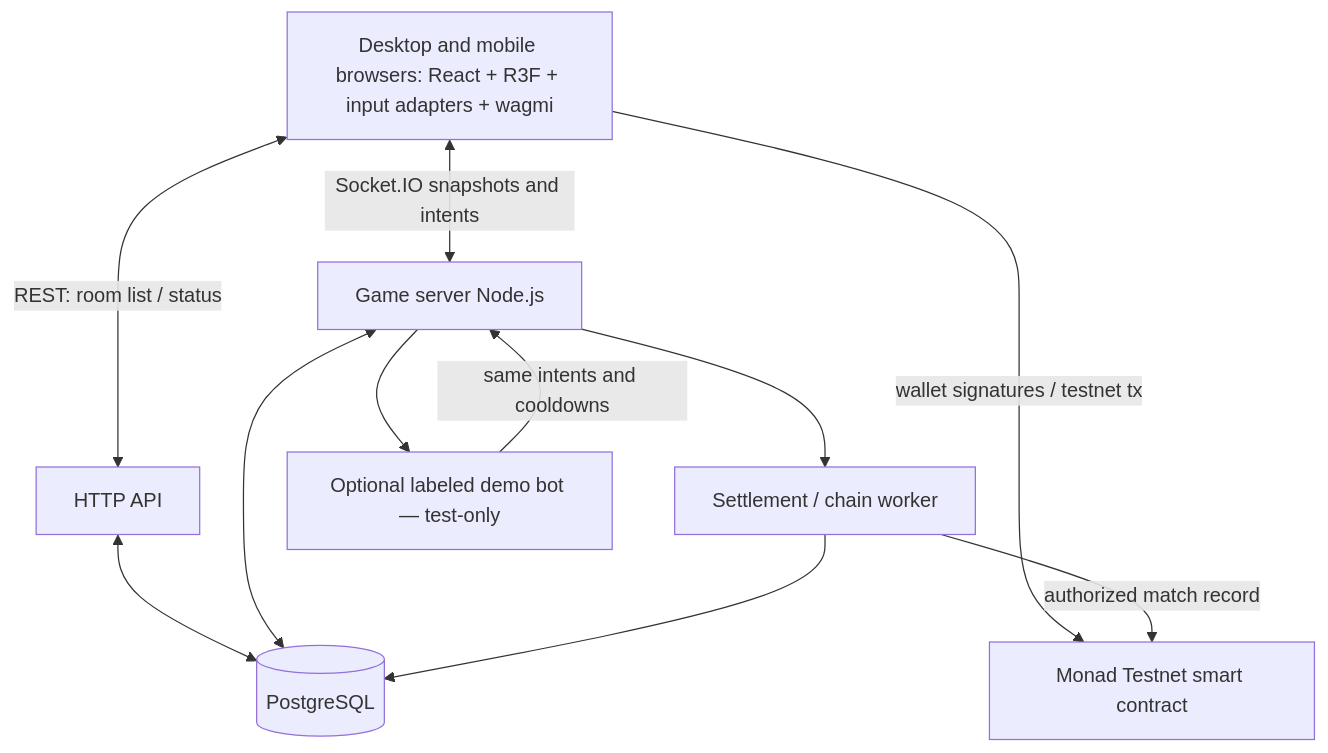
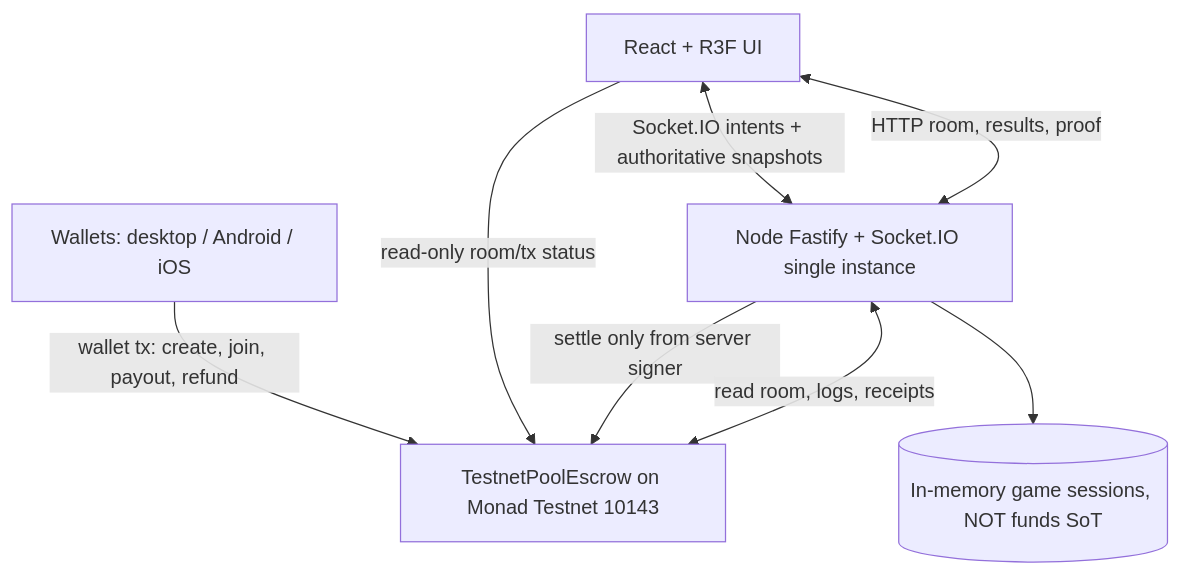
Before and after one commit to Prasetyant0/Bomb-Rush: the diagram in bomb-rush-docs/SYS.md, drawn with Mermaid. The commit also changed other lines of this file and 22 other files, not shown here.

First line of the commit message:
docs: sync spec pack to v0.5 (testnet pool architecture)

````diff
--- a/bomb-rush-docs/SYS.md
+++ b/bomb-rush-docs/SYS.md
@@ -6,13 +4,10 @@
 ```mermaid
 flowchart TB
-  P[Desktop and mobile browsers: React + R3F + input adapters + wagmi] <-->|Socket.IO snapshots and intents| G[Game server Node.js]
-  P -->|wallet signatures / testnet tx| SC[Monad Testnet smart contract]
-  P <-->|REST: room list / status| API[HTTP API]
-  API <--> DB[(PostgreSQL)]
-  G <--> DB
-  G --> Q[Settlement / chain worker]
-  Q -->|authorized match record| SC
-  Q --> DB
-  G --> BOT[Optional labeled demo bot — test-only]
-  BOT -->|same intents and cooldowns| G
+  W[Wallets: desktop / Android / iOS] -->|wallet tx: create, join, payout, refund| SC[TestnetPoolEscrow on Monad Testnet 10143]
+  UI[React + R3F UI] <-->|Socket.IO intents + authoritative snapshots| SV[Node Fastify + Socket.IO single instance]
+  UI <-->|HTTP room, results, proof| SV
+  UI -->|read-only room/tx status| SC
+  SV -->|settle only from server signer| SC
+  SV <-->|read room, logs, receipts| SC
+  SV --> M[(In-memory game sessions, NOT funds SoT)]
 ```
````
